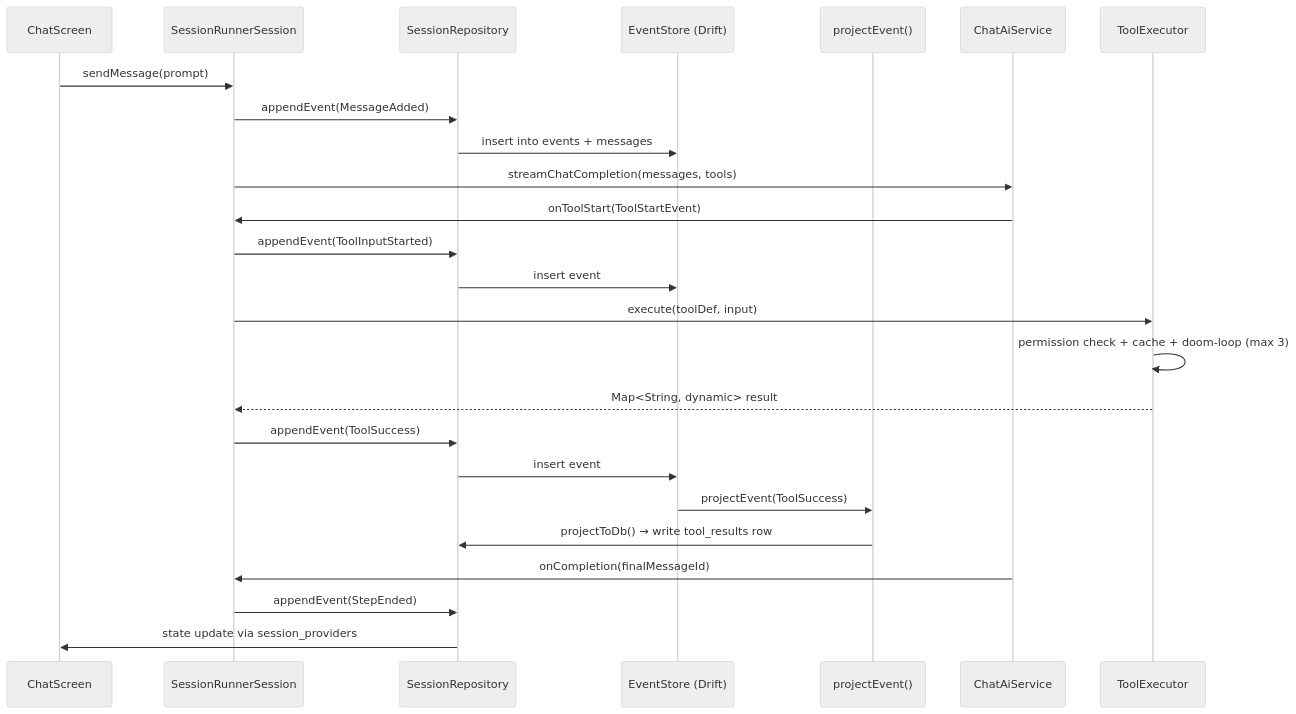
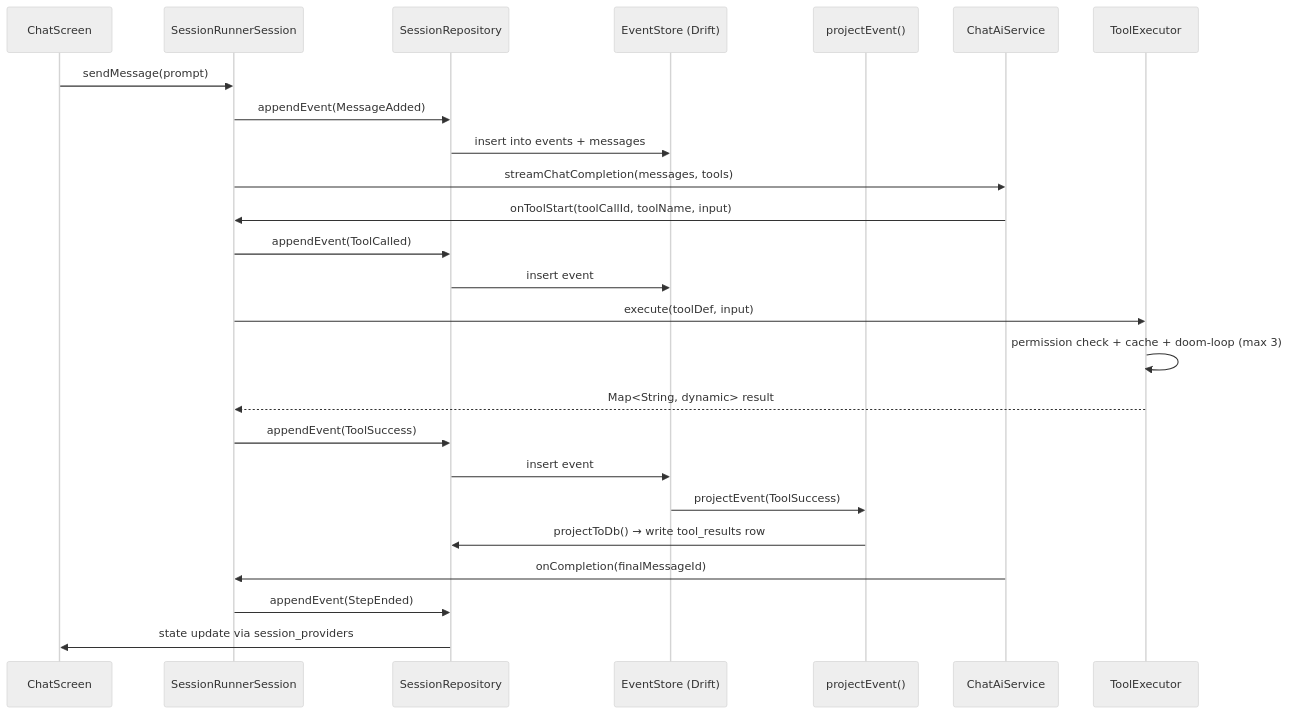
Before and after one commit to AmidVoshakul/chatorai: the third of 3 diagrams in docs/diagrams/sessions.md, drawn with Mermaid (neutral theme). The commit also changed other lines of this file and 67 other files, not shown here.

````diff
--- a/docs/diagrams/sessions.md
+++ b/docs/diagrams/sessions.md
@@ -152,28 +147,28 @@
 ```mermaid
 sequenceDiagram
     participant UI as ChatScreen
     participant SR as SessionRunnerSession
     participant Repo as SessionRepository
     participant ES as EventStore (Drift)
     participant PR as projectEvent()
     participant CAS as ChatAiService
     participant Tool as ToolExecutor
 
     UI->>SR: sendMessage(prompt)
     SR->>Repo: appendEvent(MessageAdded)
     Repo->>ES: insert into events + messages
     SR->>CAS: streamChatCompletion(messages, tools)
-    CAS->>SR: onToolStart(ToolStartEvent)
-    SR->>Repo: appendEvent(ToolInputStarted)
+    CAS->>SR: onToolStart(toolCallId, toolName, input)
+    SR->>Repo: appendEvent(ToolCalled)
     Repo->>ES: insert event
     SR->>Tool: execute(toolDef, input)
     Tool->>Tool: permission check + cache + doom-loop (max 3)
     Tool-->>SR: Map<String, dynamic> result
     SR->>Repo: appendEvent(ToolSuccess)
     Repo->>ES: insert event
     ES->>PR: projectEvent(ToolSuccess)
     PR->>Repo: projectToDb() → write tool_results row
     CAS->>SR: onCompletion(finalMessageId)
     SR->>Repo: appendEvent(StepEnded)
     Repo->>UI: state update via session_providers
 ```
````
